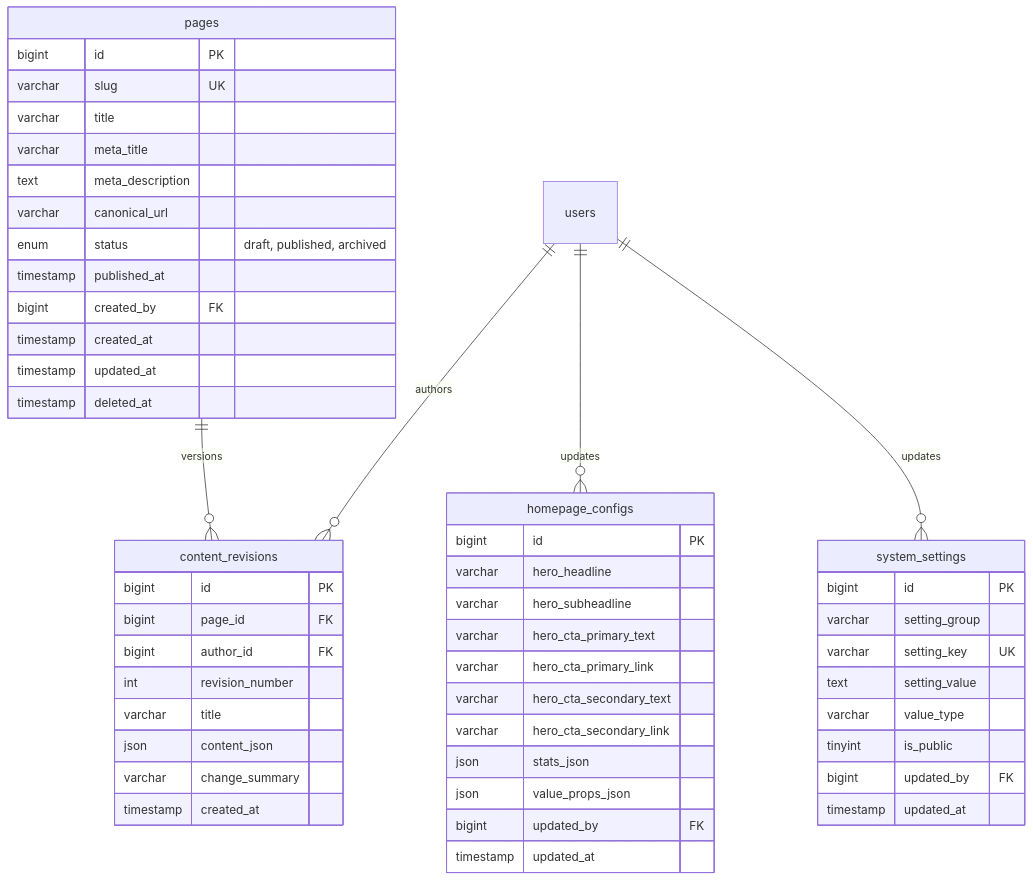
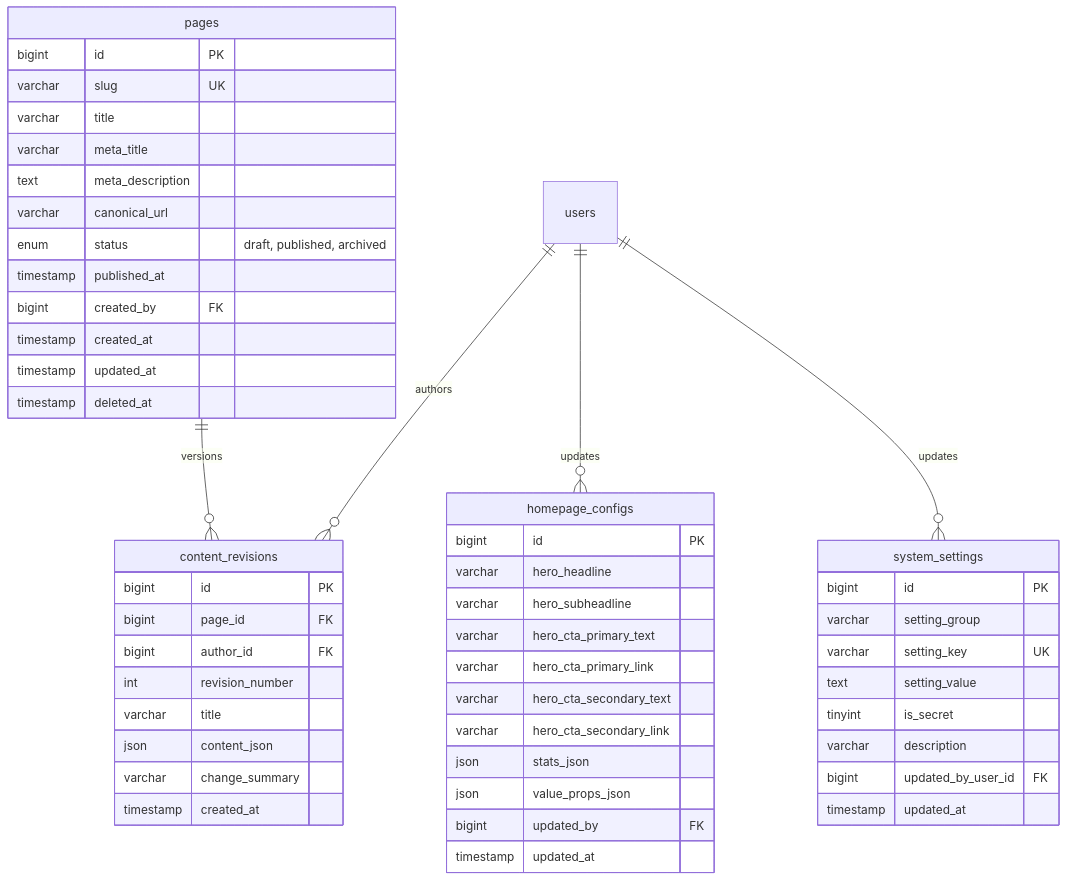
Before and after one commit to surya7989/voakhealthcare: the diagram in docs/phase-07/01_WEBSITE_CONTENT_MANAGEMENT_PLAN.md, drawn with Mermaid. The commit also changed other lines of this file and 13 other files, not shown here.

Commit message:
fix(phase-07): harden CMS identity, schema contracts, and security boundaries

````diff
--- a/docs/phase-07/01_WEBSITE_CONTENT_MANAGEMENT_PLAN.md
+++ b/docs/phase-07/01_WEBSITE_CONTENT_MANAGEMENT_PLAN.md
@@ -36,58 +36,58 @@
 ```mermaid
 erDiagram
     users ||--o{ content_revisions : "authors"
     pages ||--o{ content_revisions : "versions"
     users ||--o{ homepage_configs : "updates"
     users ||--o{ system_settings : "updates"
 
     pages {
         bigint id PK
         varchar slug UK
         varchar title
         varchar meta_title
         text meta_description
         varchar canonical_url
         enum status "draft, published, archived"
         timestamp published_at
         bigint created_by FK
         timestamp created_at
         timestamp updated_at
         timestamp deleted_at
     }
 
     content_revisions {
         bigint id PK
         bigint page_id FK
         bigint author_id FK
         int revision_number
         varchar title
         json content_json
         varchar change_summary
         timestamp created_at
     }
 
     homepage_configs {
         bigint id PK
         varchar hero_headline
         varchar hero_subheadline
         varchar hero_cta_primary_text
         varchar hero_cta_primary_link
         varchar hero_cta_secondary_text
         varchar hero_cta_secondary_link
         json stats_json
         json value_props_json
         bigint updated_by FK
         timestamp updated_at
     }
 
     system_settings {
         bigint id PK
         varchar setting_group
         varchar setting_key UK
         text setting_value
-        varchar value_type
-        tinyint is_public
-        bigint updated_by FK
+        tinyint is_secret
+        varchar description
+        bigint updated_by_user_id FK
         timestamp updated_at
     }
 ```
````
